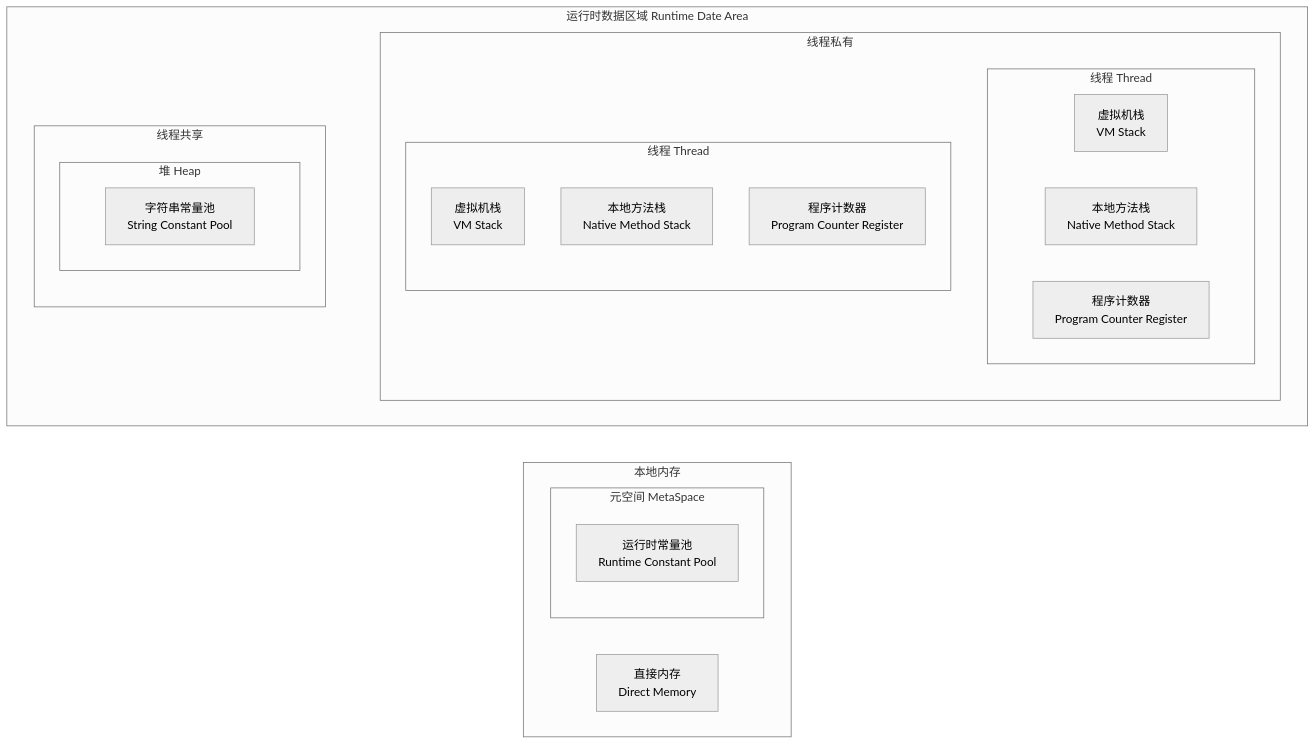
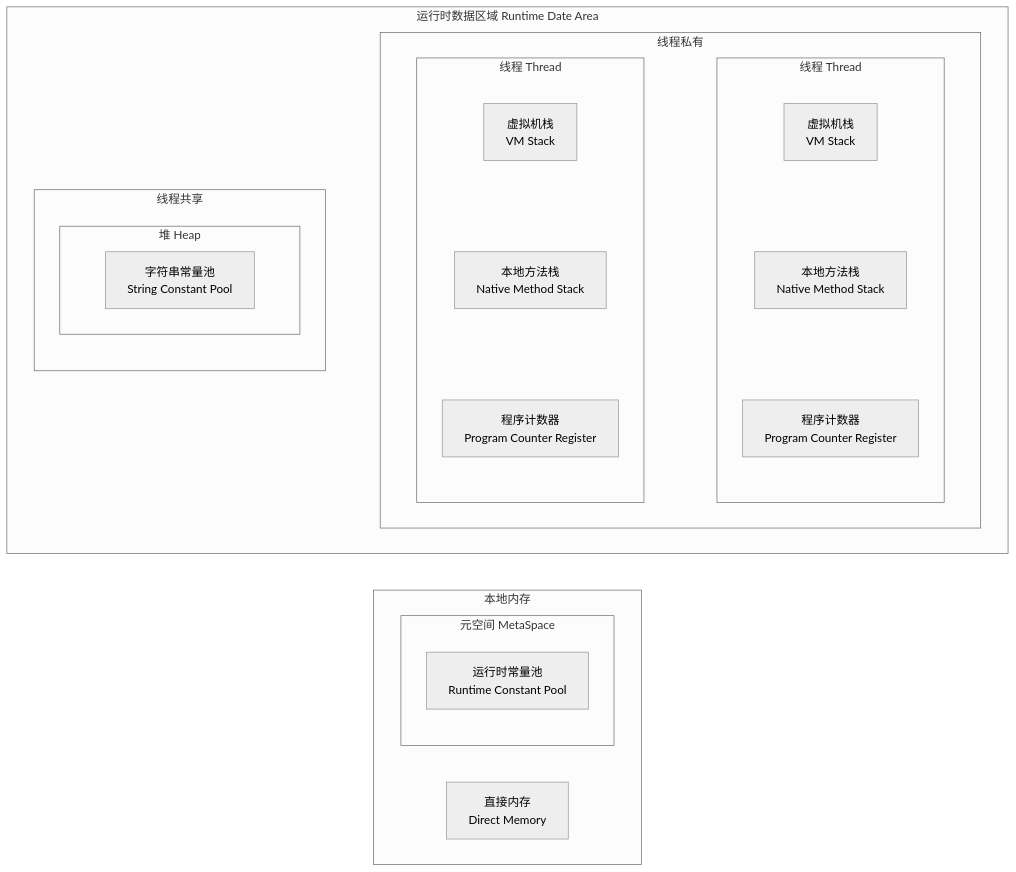
Before and after one commit to whiteChen233/whitechen233.github.io: the second of 2 diagrams in src/docs/note/back-end/java/JVM.md, drawn with Mermaid (neutral theme). The commit also changed other lines of this file and 4 other files, not shown here.

````diff
--- a/src/docs/note/back-end/java/JVM.md
+++ b/src/docs/note/back-end/java/JVM.md
@@ -79,30 +89,36 @@
 ```mermaid
 flowchart TD
   subgraph one [运行时数据区域 Runtime Date Area]
     subgraph two [线程共享]
       subgraph A [堆 Heap]
         b[字符串常量池\nString Constant Pool]
       end
     end
     subgraph three [线程私有]
+      direction LR
       subgraph four [线程 Thread]
+        direction TB
         B[虚拟机栈\nVM Stack]
         C[本地方法栈\nNative Method Stack]
         D[程序计数器\nProgram Counter Register]
+        B ~~~ C ~~~ D
       end
       subgraph five [线程 Thread]
+        direction TB
         E[虚拟机栈\nVM Stack]
         F[本地方法栈\nNative Method Stack]
         G[程序计数器\nProgram Counter Register]
+        E ~~~ F ~~~ G
       end
+      four ~~~ five
     end
   end
   subgraph six [本地内存]
     subgraph H [元空间 MetaSpace]
       a[运行时常量池\nRuntime Constant Pool]
     end
     I[直接内存\nDirect Memory]
   end
   one~~~six
   two~~~three
 ```
````
